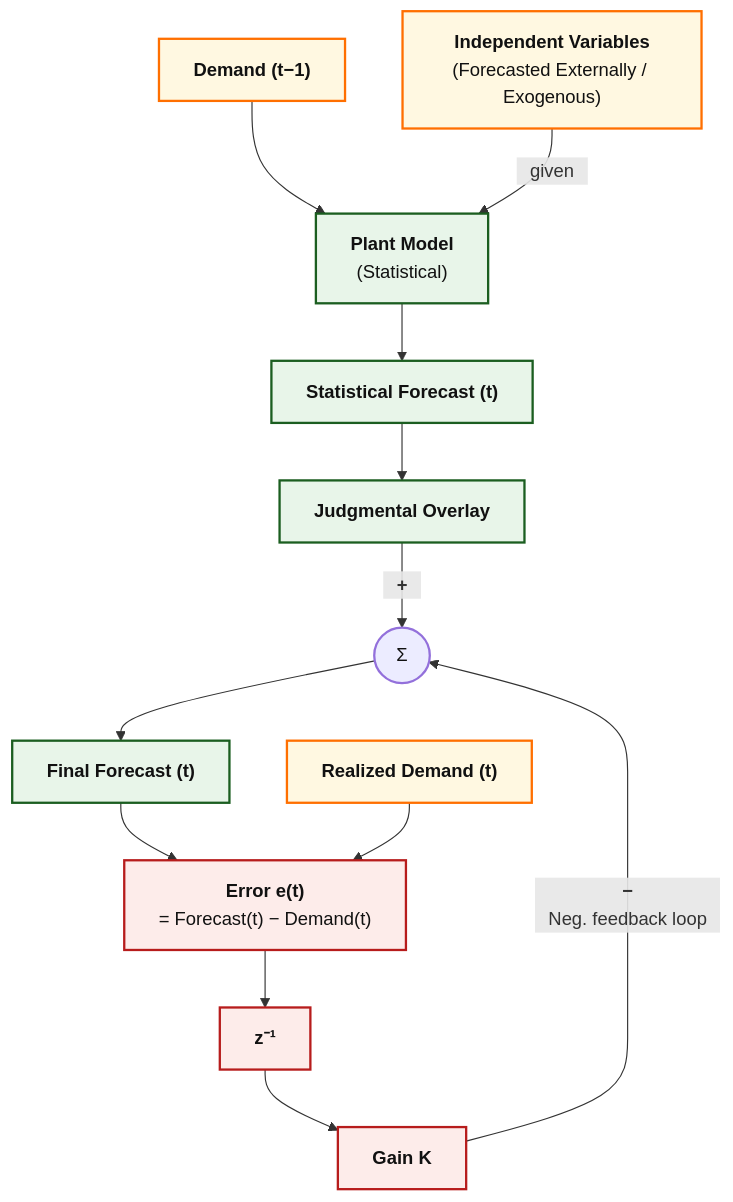
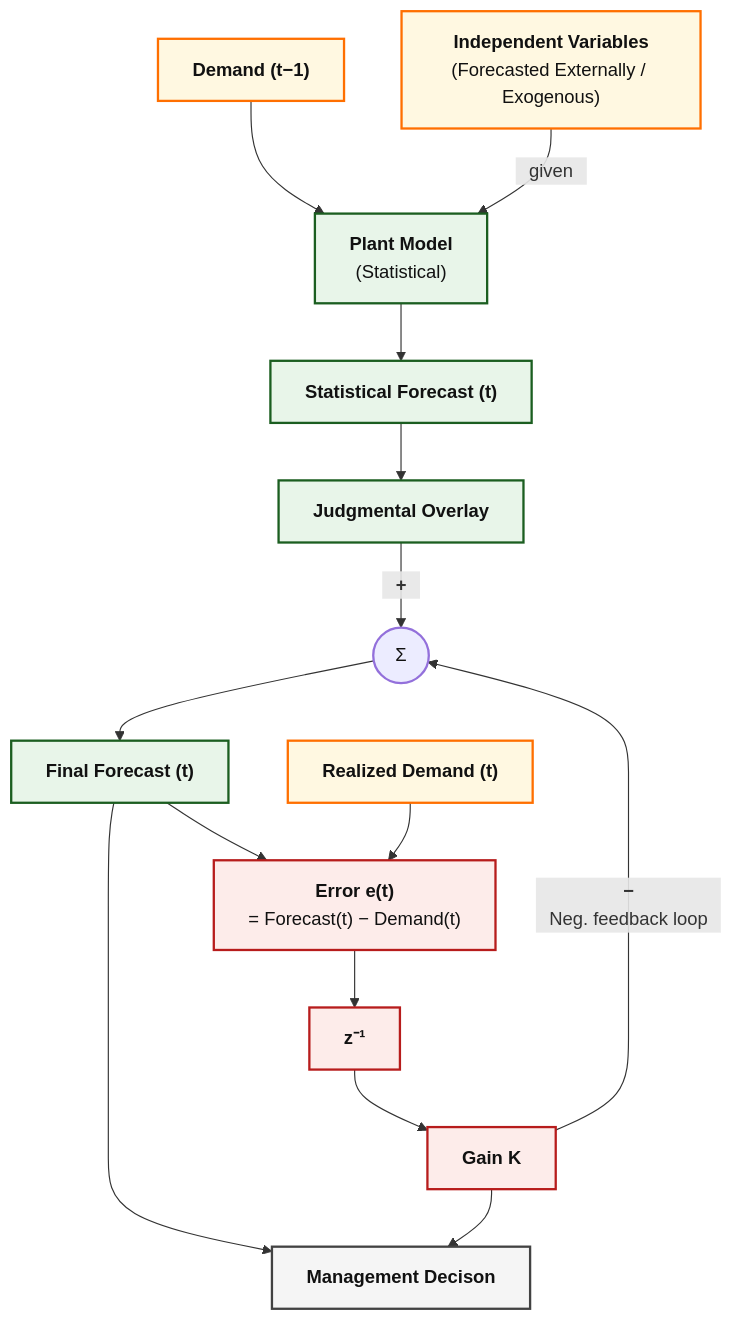
Before and after one commit to Tellusant/docs: the diagram in articles-posts/ratiocination.md, drawn with Mermaid.

```diff
--- a/articles-posts/ratiocination.md
+++ b/articles-posts/ratiocination.md
@@ -29,52 +29,58 @@
 <div class="mermaid">
   
 flowchart TD
 
 %%{init: {'themeVariables': { 'fontFamily': 'Arial'}}}%%
 %% ===== Inputs =====
 D1["`**Demand (t−1)**`"]:::orange
 X["`**Independent Variables**<br/>(Forecasted Externally / Exogenous)`"]:::orange
 
 %% ===== Baseline model =====
 M["`**Plant Model**<br/>(Statistical)`"]:::green
 S["`**Statistical Forecast (t)**`"]:::green
 
 %% ===== Judgment and correction =====
 J["`**Judgmental Overlay**`"]:::green
 Sum((⠀Σ⠀)):::base
 K["`**Gain K**`"]:::red
 F["`**Final Forecast (t)**`"]:::green
 
 %% ===== Realized demand =====
 R["`**Realized Demand (t)**`"]:::orange
 
 %% ===== Error and delay =====
 E["`**Error e(t)**<br/>= Forecast(t) − Demand(t)`"]:::red
 Delay["`**z⁻¹**`"]:::red
 
+%% ===== Management decision =====
+MGT["`**Management Decison**`"]:::grey
+
 %% ===== Forward path =====
 D1 --> M
 X -->|⠀given⠀| M
 M --> S
 S --> J
 J -->|"`⠀**+**⠀`"| Sum
 Sum --> F
 
 %% ===== Error computation =====
 F --> E
 R --> E
 
 %% ===== Feedback =====
 E --> Delay
 Delay --> K
 K -->|"`⠀**−**⠀<br/>⠀Neg. feedback loop⠀`"| Sum
 
+F --> MGT
+K --> MGT
+
 %% ========= STYLES =========
 classDef green   fill:#E8F5E9,stroke:#1B5E20,stroke-width:2px,color:#111;
 classDef blue    fill:#E3F2FD,stroke:#0D47A1,stroke-width:2px,color:#111;
 classDef orange  fill:#FFF8E1,stroke:#FF6F00,stroke-width:2px,color:#111;
 classDef red     fill:#FDECEA,stroke:#B71C1C,stroke-width:2px,color:#111;
 classDef grey    fill:#F5F5F5,stroke:#424242,stroke-width:2px,color:#111;
 classDef base    fill:#ECECFF,stroke:#9370DB,stroke-width:2px,color:#111;
 
 </div>
```
